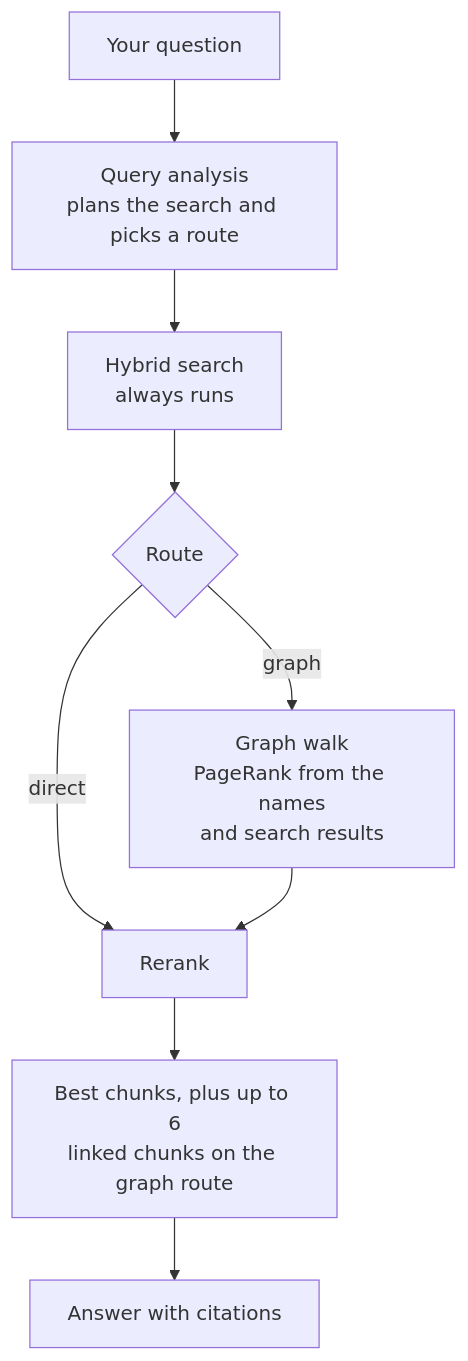
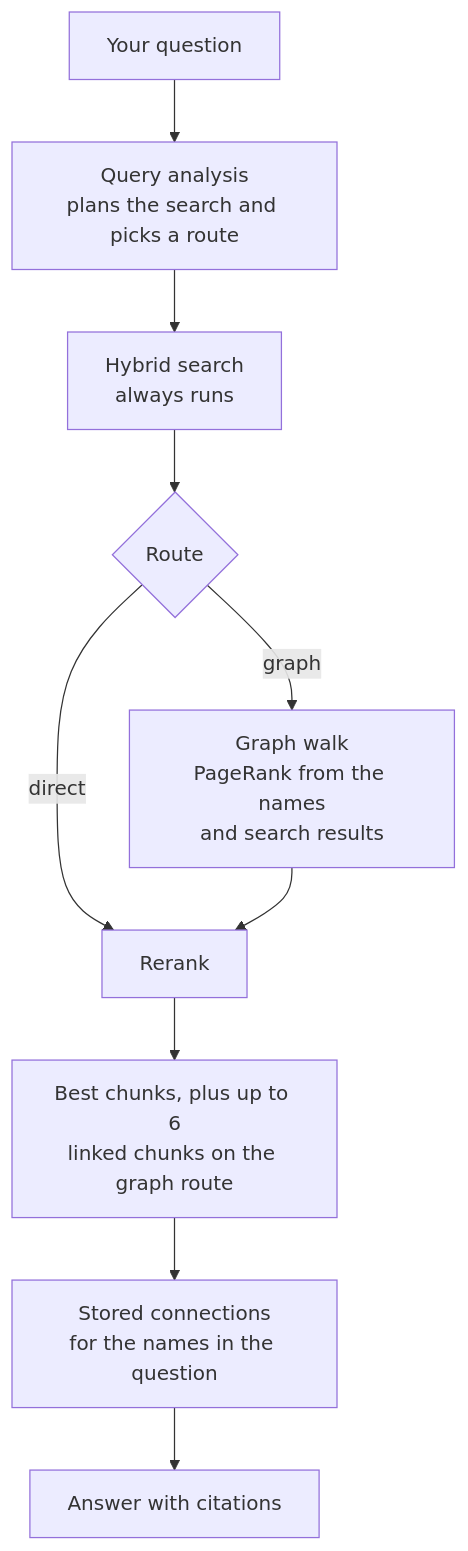
Before and after one commit to cmudco/dare-backend: the fourth of 4 diagrams in docs/explanation/graph-rag.md, drawn with Mermaid. The commit also changed other lines of this file and 15 other files, not shown here.

First line of the commit message:
fix(graph): keep search results when the graph step fails; audit cleanup

````diff
--- a/docs/explanation/graph-rag.md
+++ b/docs/explanation/graph-rag.md
@@ -198,11 +198,12 @@
 ```mermaid
 flowchart TD
     Q["Your question"] --> A["Query analysis<br/>plans the search and picks a route"]
     A --> S["Hybrid search<br/>always runs"]
     S --> D{"Route"}
     D -->|direct| R["Rerank"]
     D -->|graph| W["Graph walk<br/>PageRank from the names<br/>and search results"]
     W --> R
     R --> E["Best chunks, plus up to 6<br/>linked chunks on the graph route"]
-    E --> F["Answer with citations"]
+    E --> C["Stored connections<br/>for the names in the question"]
+    C --> F["Answer with citations"]
 ```
````
